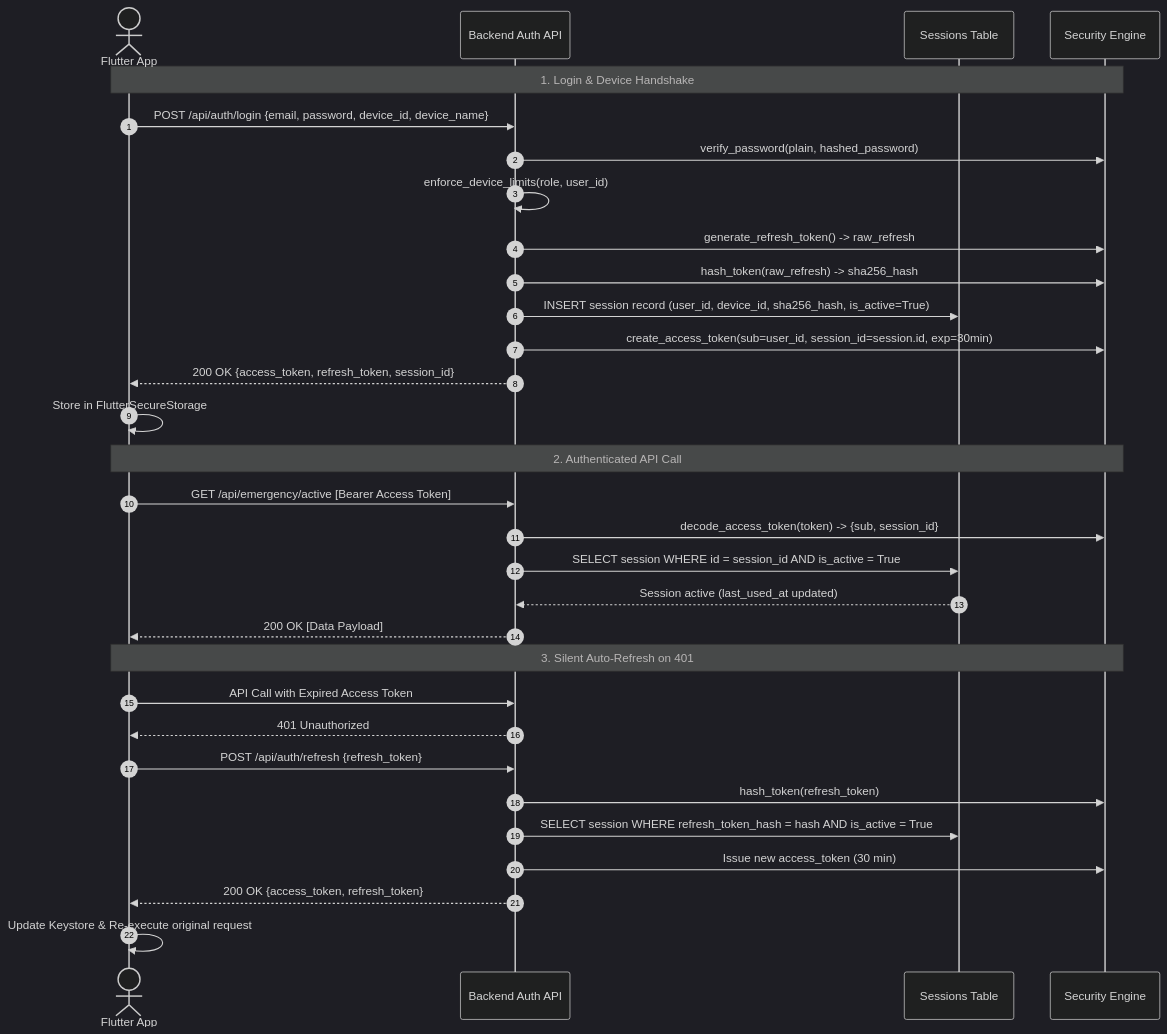
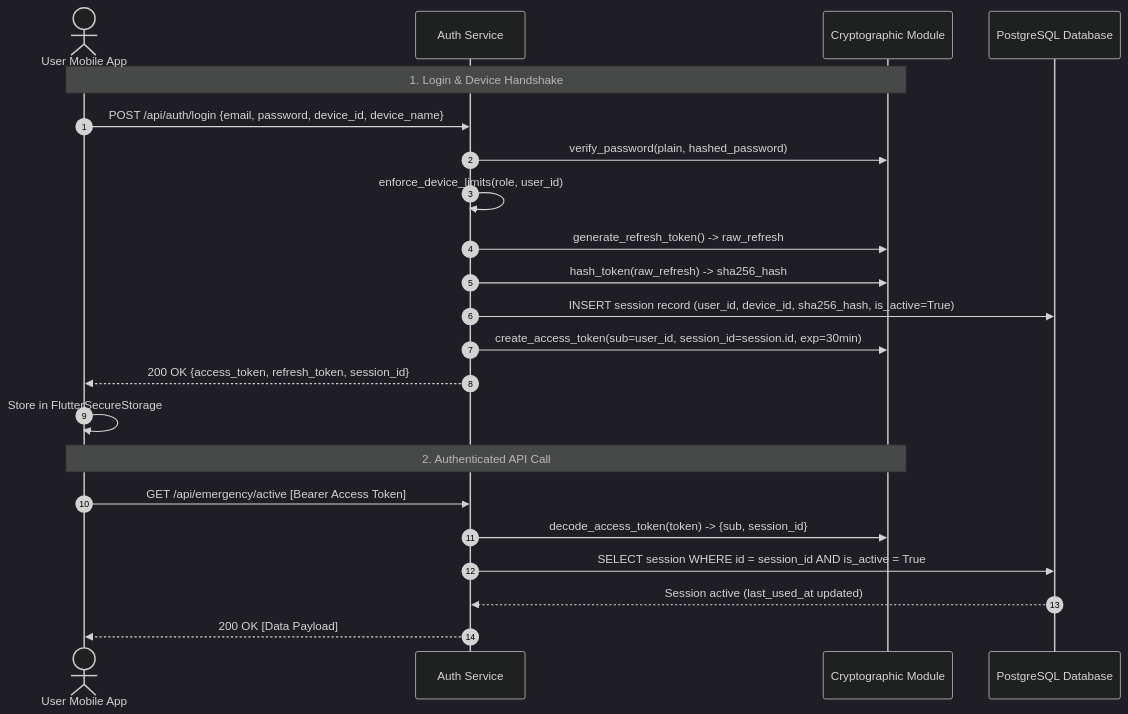
One commit to Script-By-Lin/KhuNyiKalSal changed the second of 5 diagrams in system_specification.md. Above: the diagram before and after it, drawn with Mermaid (dark theme). The commit also changed other lines of this file and 5 other files, not shown here.

````diff
--- a/system_specification.md
+++ b/system_specification.md
@@ -142,36 +118,26 @@
 ```mermaid
 sequenceDiagram
     autonumber
-    actor Client as Flutter App
-    participant Auth as Backend Auth API
-    participant DB as Sessions Table
-    participant Sec as Security Engine
+    actor Client as User Mobile App
+    participant Auth as Auth Service
+    participant Sec as Cryptographic Module
+    participant DB as PostgreSQL Database
 
     Note over Client,Sec: 1. Login & Device Handshake
     Client->>Auth: POST /api/auth/login {email, password, device_id, device_name}
     Auth->>Sec: verify_password(plain, hashed_password)
     Auth->>Auth: enforce_device_limits(role, user_id)
     Auth->>Sec: generate_refresh_token() -> raw_refresh
     Auth->>Sec: hash_token(raw_refresh) -> sha256_hash
     Auth->>DB: INSERT session record (user_id, device_id, sha256_hash, is_active=True)
     Auth->>Sec: create_access_token(sub=user_id, session_id=session.id, exp=30min)
     Auth-->>Client: 200 OK {access_token, refresh_token, session_id}
     Client->>Client: Store in FlutterSecureStorage
 
     Note over Client,Sec: 2. Authenticated API Call
     Client->>Auth: GET /api/emergency/active [Bearer Access Token]
     Auth->>Sec: decode_access_token(token) -> {sub, session_id}
     Auth->>DB: SELECT session WHERE id = session_id AND is_active = True
     DB-->>Auth: Session active (last_used_at updated)
     Auth-->>Client: 200 OK [Data Payload]
-
-    Note over Client,Sec: 3. Silent Auto-Refresh on 401
-    Client->>Auth: API Call with Expired Access Token
-    Auth-->>Client: 401 Unauthorized
-    Client->>Auth: POST /api/auth/refresh {refresh_token}
-    Auth->>Sec: hash_token(refresh_token)
-    Auth->>DB: SELECT session WHERE refresh_token_hash = hash AND is_active = True
-    Auth->>Sec: Issue new access_token (30 min)
-    Auth-->>Client: 200 OK {access_token, refresh_token}
-    Client->>Client: Update Keystore & Re-execute original request
 ```
````
